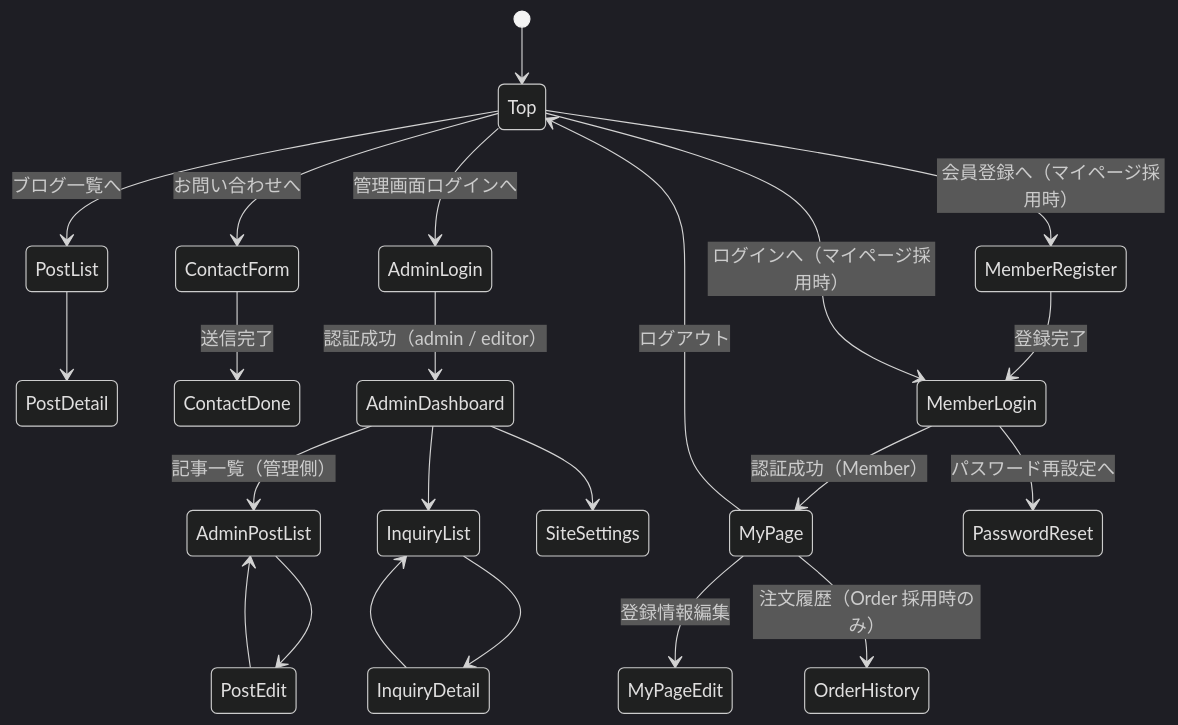
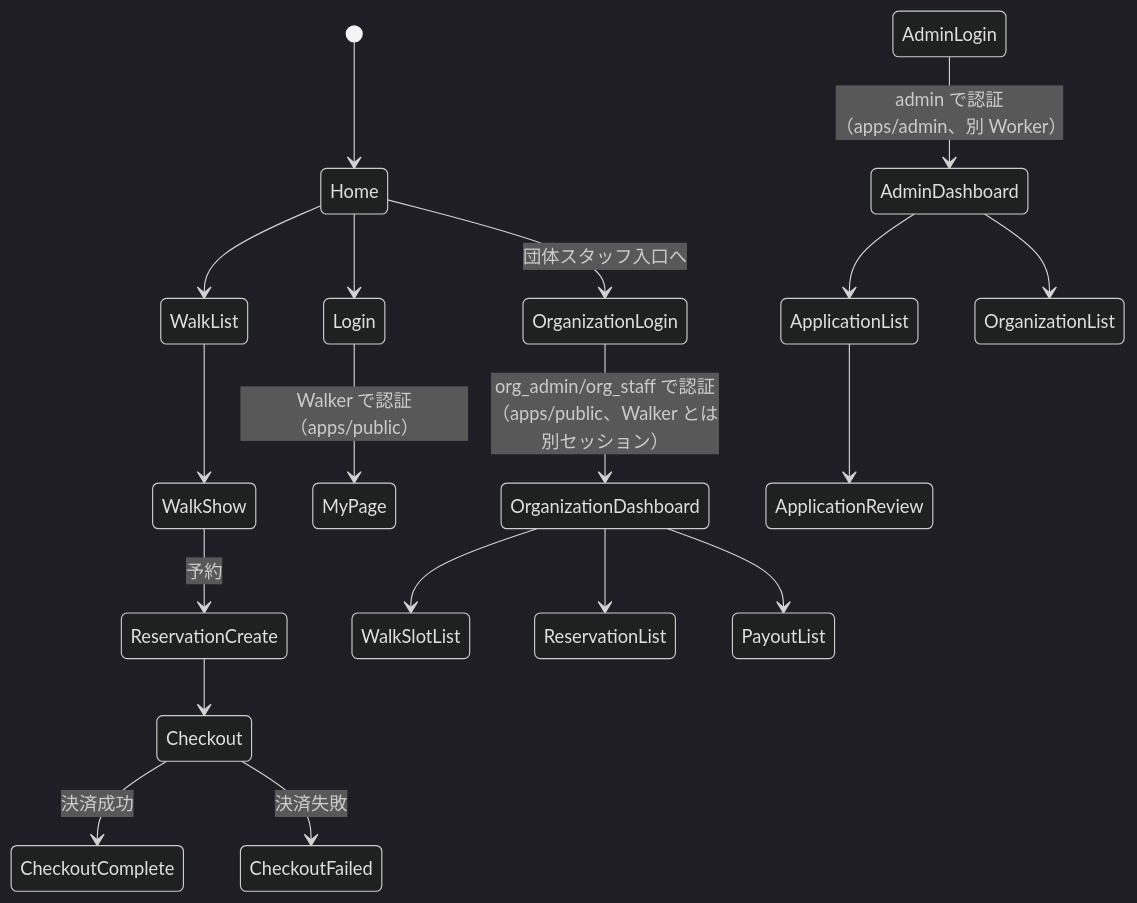
Before and after one commit to team-natural/walk-pet-kampo: the fourth of 4 diagrams in docs/2-product/04-ui-ux-design.md, drawn with Mermaid (dark theme). The commit also changed other lines of this file and 24 other files, not shown here.

````diff
--- a/docs/2-product/04-ui-ux-design.md
+++ b/docs/2-product/04-ui-ux-design.md
@@ -324,27 +292,24 @@
 ```mermaid
 stateDiagram-v2
-    [*] --> Top
-    Top --> PostList: ブログ一覧へ
-    PostList --> PostDetail
-    Top --> ContactForm: お問い合わせへ
-    ContactForm --> ContactDone: 送信完了
+    [*] --> Home
+    Home --> WalkList
+    WalkList --> WalkShow
+    WalkShow --> ReservationCreate: 予約
+    ReservationCreate --> Checkout
+    Checkout --> CheckoutComplete: 決済成功
+    Checkout --> CheckoutFailed: 決済失敗
 
-    Top --> AdminLogin: 管理画面ログインへ
-    AdminLogin --> AdminDashboard: 認証成功（admin / editor）
-    AdminDashboard --> AdminPostList: 記事一覧（管理側）
-    AdminPostList --> PostEdit
-    PostEdit --> AdminPostList
-    AdminDashboard --> InquiryList
-    InquiryList --> InquiryDetail
-    InquiryDetail --> InquiryList
-    AdminDashboard --> SiteSettings
+    Home --> Login
+    Login --> MyPage: Walker で認証（apps/public）
+    Home --> OrganizationLogin: 団体スタッフ入口へ
+    OrganizationLogin --> OrganizationDashboard: org_admin/org_staff で認証（apps/public、Walker とは別セッション）
 
-    Top --> MemberRegister: 会員登録へ（マイページ採用時）
-    MemberRegister --> MemberLogin: 登録完了
-    Top --> MemberLogin: ログインへ（マイページ採用時）
-    MemberLogin --> MyPage: 認証成功（Member）
-    MyPage --> MyPageEdit: 登録情報編集
-    MyPage --> OrderHistory: 注文履歴（Order 採用時のみ）
-    MyPage --> Top: ログアウト
-    MemberLogin --> PasswordReset: パスワード再設定へ
+    OrganizationDashboard --> WalkSlotList
+    OrganizationDashboard --> ReservationList
+    OrganizationDashboard --> PayoutList
+
+    AdminLogin --> AdminDashboard: admin で認証（apps/admin、別 Worker）
+    AdminDashboard --> ApplicationList
+    ApplicationList --> ApplicationReview
+    AdminDashboard --> OrganizationList
 ```
````
